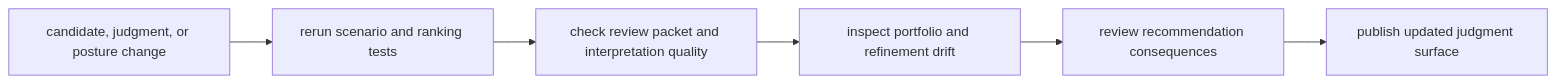
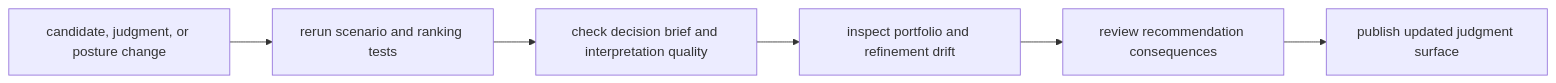
The diagram in docs/05-bijux-proteomics-intelligence/operations/index.md (bijux/bijux-proteomics), drawn with Mermaid before and after one commit. The commit also changed 25 other files, not shown here.

Commit message:
feat(intelligence): move decision briefs into stable review surface

````diff
--- a/docs/05-bijux-proteomics-intelligence/operations/index.md
+++ b/docs/05-bijux-proteomics-intelligence/operations/index.md
@@ -17,11 +17,11 @@
 ```mermaid
 flowchart LR
     policy["candidate, judgment, or posture change"]
     scenarios["rerun scenario and ranking tests"]
-    explain["check review packet and interpretation quality"]
+    explain["check decision brief and interpretation quality"]
     drift["inspect portfolio and refinement drift"]
     review["review recommendation consequences"]
     release["publish updated judgment surface"]
 
     policy --> scenarios --> explain --> drift --> review --> release
 ```
````
